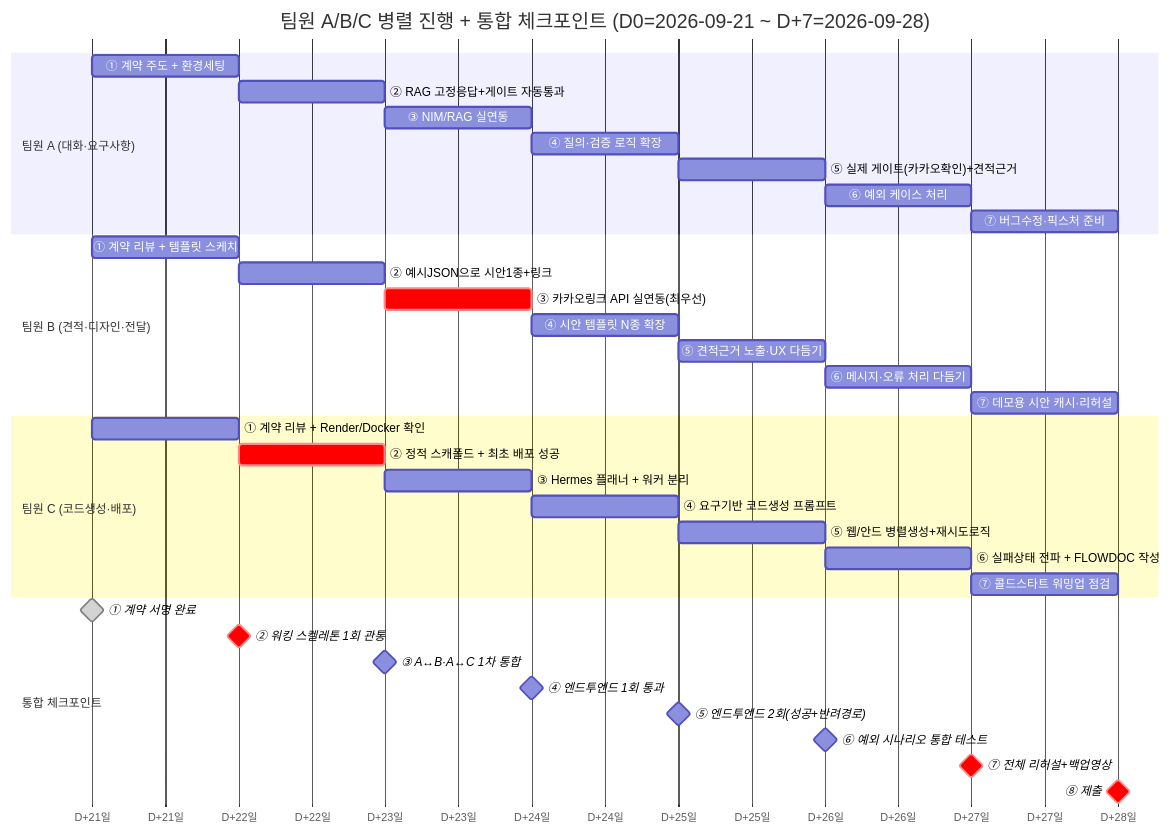
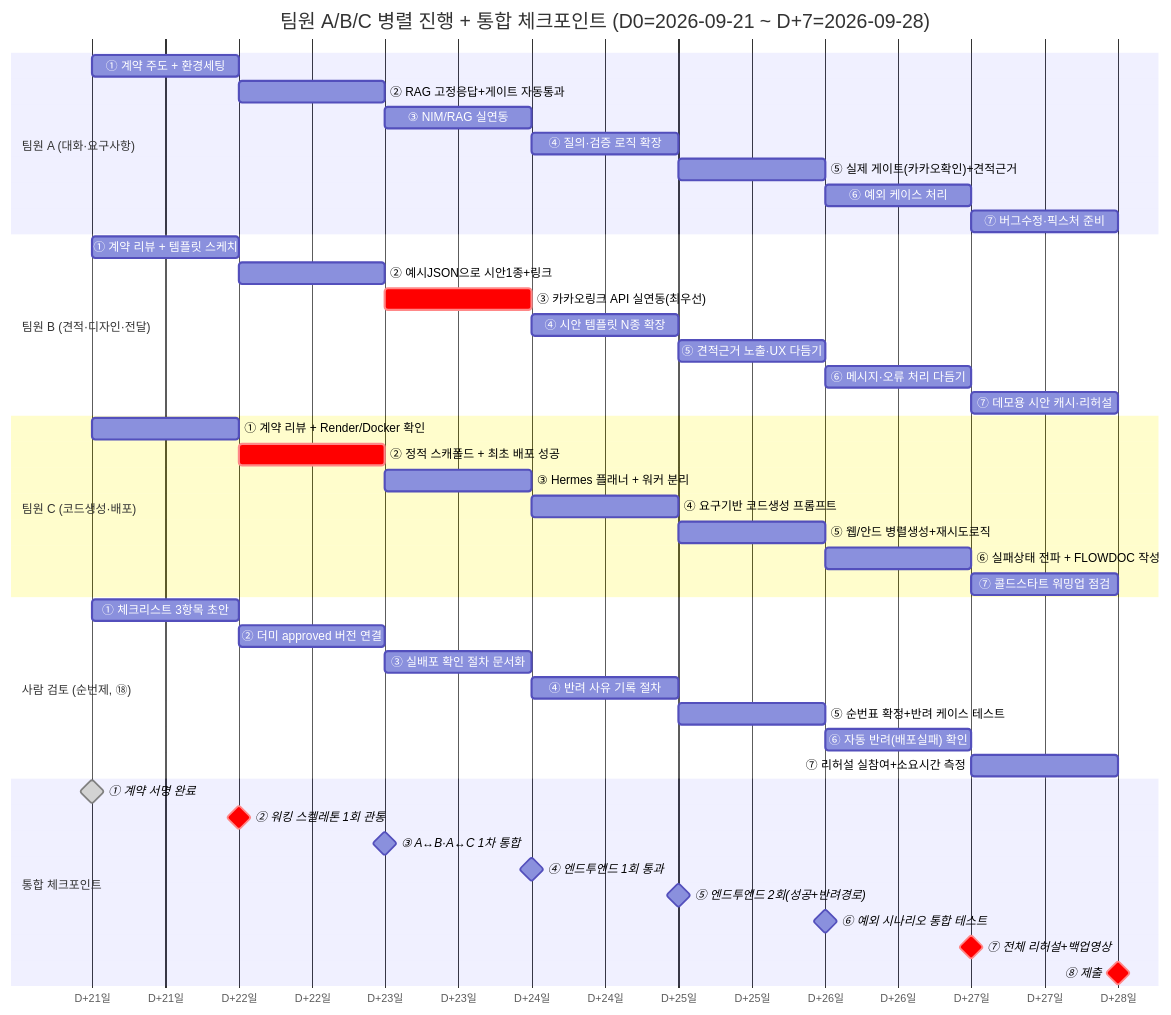
Before and after one commit to kyungsikjeung/agt001: the diagram in docs/hackathon/INTEGRATION_STRATEGY.md, drawn with Mermaid. The commit also changed other lines of this file and 2 other files, not shown here.

````diff
--- a/docs/hackathon/INTEGRATION_STRATEGY.md
+++ b/docs/hackathon/INTEGRATION_STRATEGY.md
@@ -73,44 +83,53 @@
 ```mermaid
 gantt
     title 팀원 A/B/C 병렬 진행 + 통합 체크포인트 (D0=2026-09-21 ~ D+7=2026-09-28)
     dateFormat  YYYY-MM-DD
     axisFormat  D+%d일
     todayMarker on
 
     section 팀원 A (대화·요구사항)
     ① 계약 주도 + 환경세팅          :a1, 2026-09-21, 1d
     ② RAG 고정응답+게이트 자동통과   :a2, 2026-09-22, 1d
     ③ NIM/RAG 실연동                :a3, 2026-09-23, 1d
     ④ 질의·검증 로직 확장           :a4, 2026-09-24, 1d
     ⑤ 실제 게이트(카카오확인)+견적근거:a5, 2026-09-25, 1d
     ⑥ 예외 케이스 처리              :a6, 2026-09-26, 1d
     ⑦ 버그수정·픽스처 준비          :a7, 2026-09-27, 1d
 
     section 팀원 B (견적·디자인·전달)
     ① 계약 리뷰 + 템플릿 스케치      :b1, 2026-09-21, 1d
     ② 예시JSON으로 시안1종+링크     :b2, 2026-09-22, 1d
     ③ 카카오링크 API 실연동(최우선) :crit, b3, 2026-09-23, 1d
     ④ 시안 템플릿 N종 확장          :b4, 2026-09-24, 1d
     ⑤ 견적근거 노출·UX 다듬기       :b5, 2026-09-25, 1d
     ⑥ 메시지·오류 처리 다듬기       :b6, 2026-09-26, 1d
     ⑦ 데모용 시안 캐시·리허설       :b7, 2026-09-27, 1d
 
     section 팀원 C (코드생성·배포)
     ① 계약 리뷰 + Render/Docker 확인 :c1, 2026-09-21, 1d
     ② 정적 스캐폴드 + 최초 배포 성공 :crit, c2, 2026-09-22, 1d
     ③ Hermes 플래너 + 워커 분리     :c3, 2026-09-23, 1d
     ④ 요구기반 코드생성 프롬프트    :c4, 2026-09-24, 1d
     ⑤ 웹/안드 병렬생성+재시도로직   :c5, 2026-09-25, 1d
     ⑥ 실패상태 전파 + FLOWDOC 작성  :c6, 2026-09-26, 1d
     ⑦ 콜드스타트 워밍업 점검        :c7, 2026-09-27, 1d
 
+    section 사람 검토 (순번제, ⑱)
+    ① 체크리스트 3항목 초안         :r1, 2026-09-21, 1d
+    ② 더미 approved 버전 연결       :r2, 2026-09-22, 1d
+    ③ 실배포 확인 절차 문서화       :r3, 2026-09-23, 1d
+    ④ 반려 사유 기록 절차           :r4, 2026-09-24, 1d
+    ⑤ 순번표 확정+반려 케이스 테스트 :r5, 2026-09-25, 1d
+    ⑥ 자동 반려(배포실패) 확인      :r6, 2026-09-26, 1d
+    ⑦ 리허설 실참여+소요시간 측정   :r7, 2026-09-27, 1d
+
     section 통합 체크포인트
     ① 계약 서명 완료                :milestone, done, i1, 2026-09-21, 0d
     ② 워킹 스켈레톤 1회 관통        :crit, milestone, i2, 2026-09-22, 0d
     ③ A↔B·A↔C 1차 통합             :milestone, i3, 2026-09-23, 0d
     ④ 엔드투엔드 1회 통과           :milestone, i4, 2026-09-24, 0d
     ⑤ 엔드투엔드 2회(성공+반려경로) :milestone, i5, 2026-09-25, 0d
     ⑥ 예외 시나리오 통합 테스트     :milestone, i6, 2026-09-26, 0d
     ⑦ 전체 리허설+백업영상          :crit, milestone, i7, 2026-09-27, 0d
     ⑧ 제출                         :crit, milestone, i8, 2026-09-28, 0d
 ```
````
